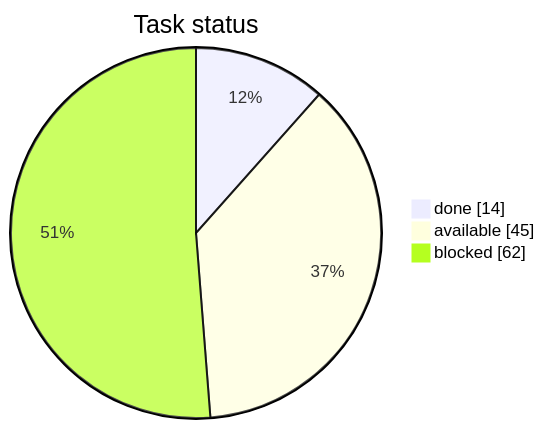
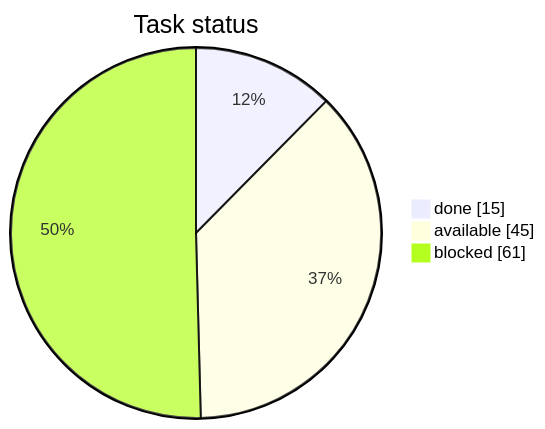
Before and after one commit to artemiiShabanov/RallyRivals: the first of 3 diagrams in STATUS.md, drawn with Mermaid. The commit also changed other lines of this file and 13 other files, not shown here.

````diff
--- a/STATUS.md
+++ b/STATUS.md
@@ -7,7 +7,7 @@
 ```mermaid
 pie showData
     title Task status
-    "done" : 14
+    "done" : 15
     "available" : 45
-    "blocked" : 62
+    "blocked" : 61
 ```
````
